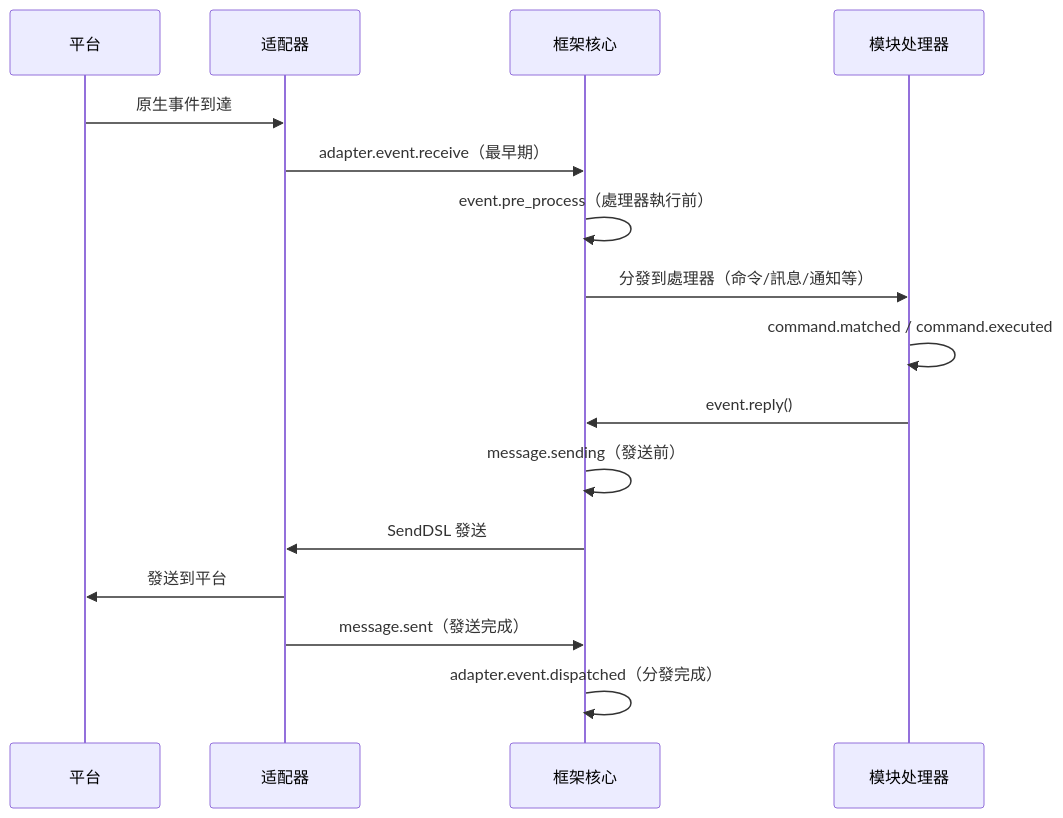
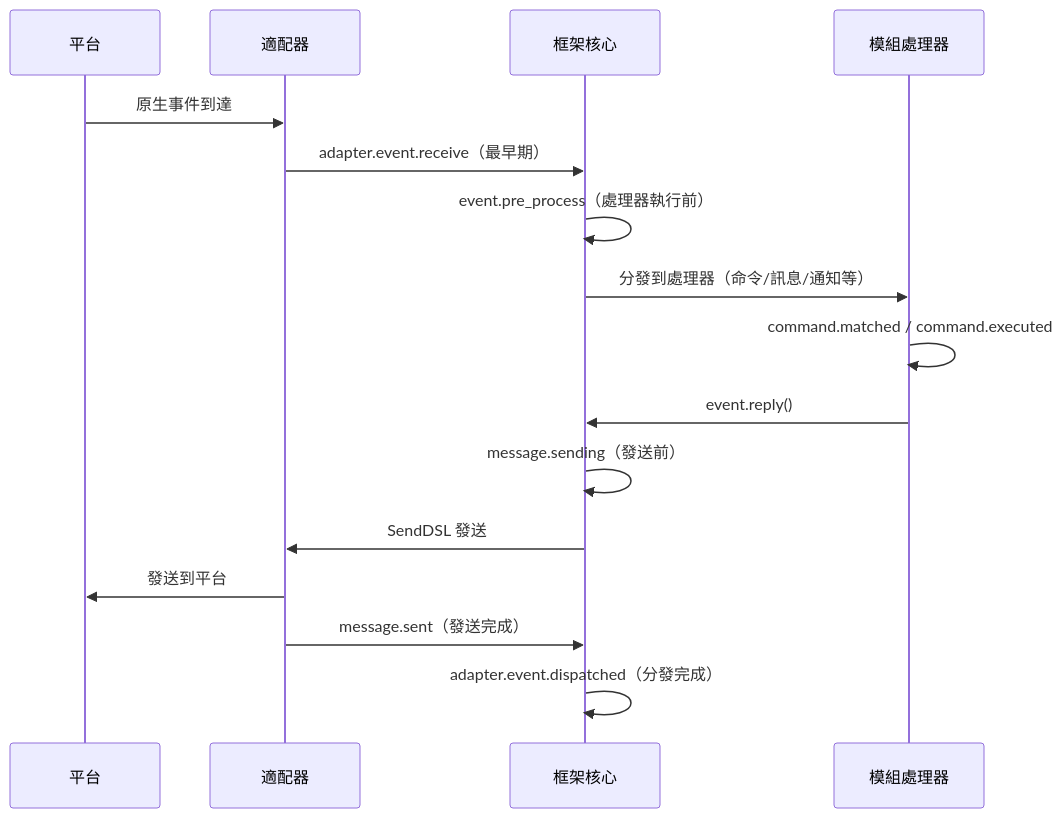
Before and after one commit to ErisPulse/ErisPulse: the diagram in docs/zh-TW/advanced/lifecycle.md, drawn with Mermaid. The commit also changed other lines of this file and 75 other files, not shown here.

````diff
--- a/docs/zh-TW/advanced/lifecycle.md
+++ b/docs/zh-TW/advanced/lifecycle.md
@@ -93,19 +120,19 @@
 ```mermaid
 sequenceDiagram
     participant P as 平台
-    participant A as 适配器
+    participant A as 適配器
     participant F as 框架核心
-    participant M as 模块处理器
+    participant M as 模組處理器
 
     P->>A: 原生事件到達
     A->>F: adapter.event.receive（最早期）
     F->>F: event.pre_process（處理器執行前）
     F->>M: 分發到處理器（命令/訊息/通知等）
     M->>M: command.matched / command.executed
     M->>F: event.reply()
     F->>F: message.sending（發送前）
     F->>A: SendDSL 發送
     A->>P: 發送到平台
     A->>F: message.sent（發送完成）
     F->>F: adapter.event.dispatched（分發完成）
 ```
````
